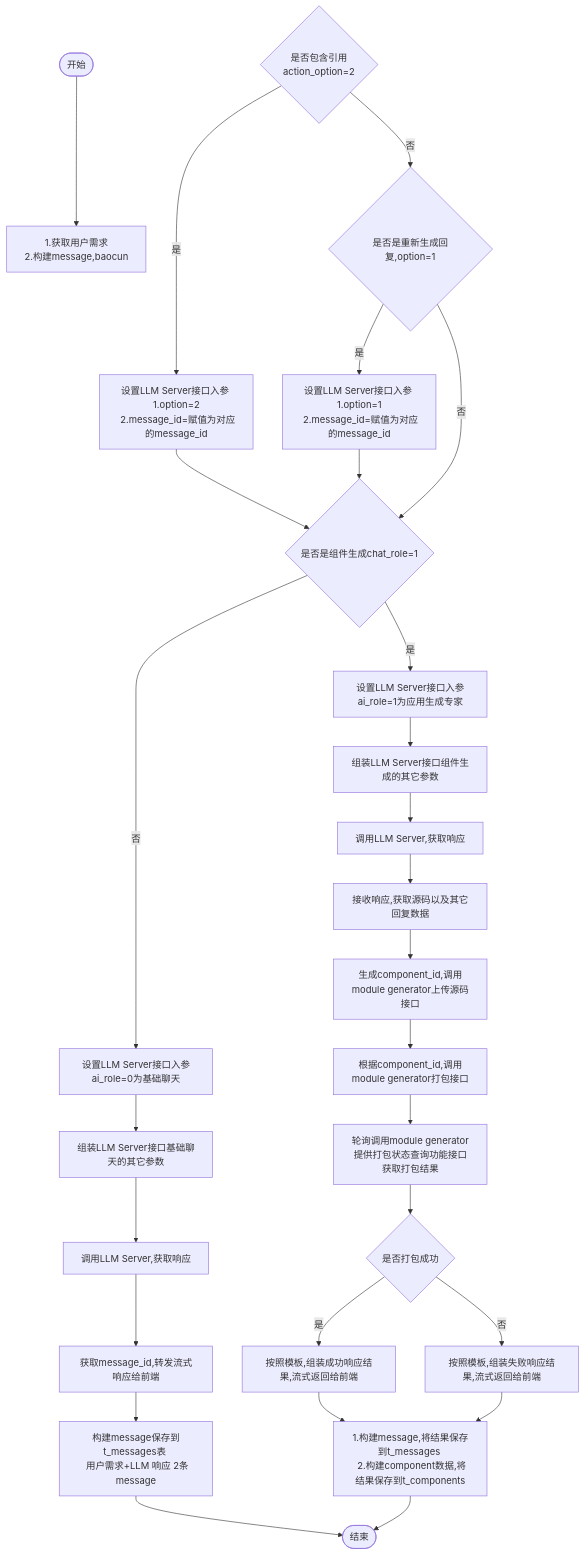
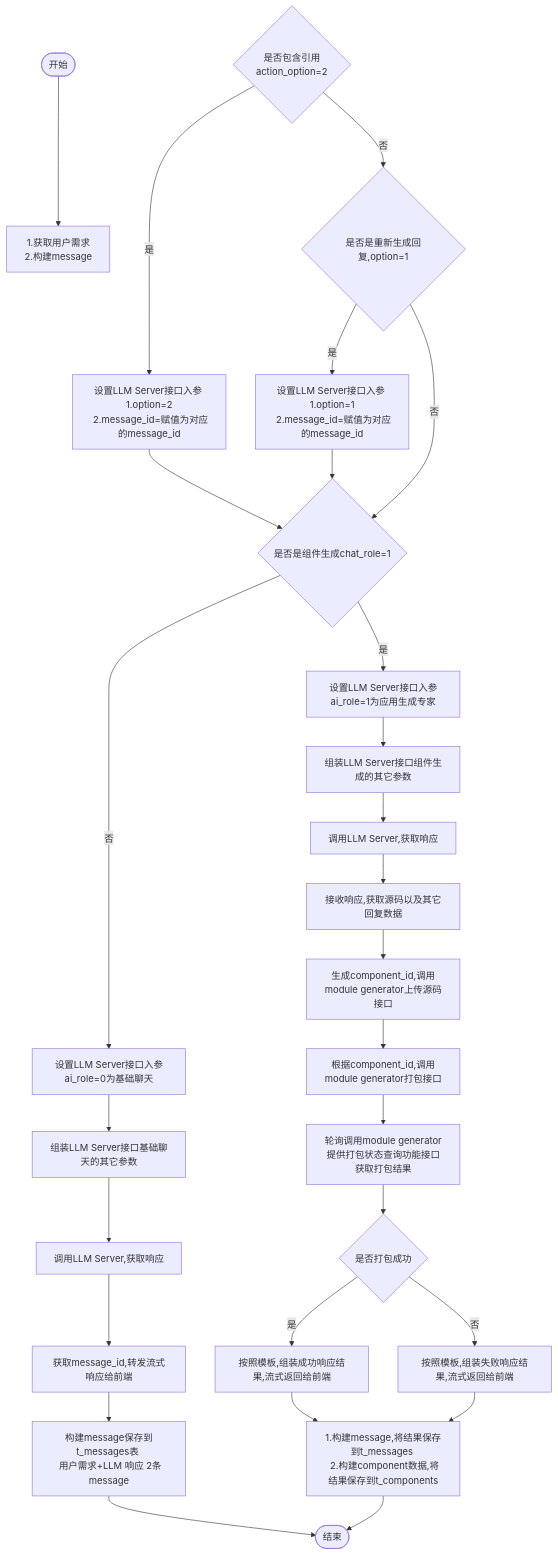
The diagram in all/w3-会话-不需要传递message.md (yingjianzh/iodraw-files), drawn with Mermaid before and after one commit.

Commit message:
2024-10-15 14:18:39 update

````diff
--- a/all/w3-会话-不需要传递message.md
+++ b/all/w3-会话-不需要传递message.md
@@ -1,34 +1,34 @@
 ```mermaid
 flowchart TD
-    A([开始]) --> B[1.获取用户需求 \n 2.构建message,baocun ]
+    A([开始]) --> B[1.获取用户需求 \n 2.构建message]
     D{是否包含引用 \n action_option=2}
     D -- 是 --> E[设置LLM Server接口入参 \n 1.option=2 \n 2.message_id=赋值为对应的message_id]
     D -- 否 --> F{是否是重新生成回复,option=1}
     F -- 是 --> G[设置LLM Server接口入参 \n 1.option=1 \n 2.message_id=赋值为对应的message_id]
     F -- 否 --> I
      
     E & G --> I{是否是组件生成chat_role=1}
     I -- 否 --> K[设置LLM Server接口入参ai_role=0为基础聊天]
     I -- 是 --> J[设置LLM Server接口入参ai_role=1为应用生成专家]
     
 
     J --> L[组装LLM Server接口组件生成的其它参数]    
     K --> M[组装LLM Server接口基础聊天的其它参数]    
     M --> N[调用LLM Server,获取响应]    
     N --> O[获取message_id,转发流式响应给前端]
     O --> P[构建message保存到t_messages表 \n 用户需求+LLM 响应 2条message]
     P --> R([结束])
 
 
     L --> S[调用LLM Server,获取响应]
     S --> T[接收响应,获取源码以及其它回复数据]
     T --> U[生成component_id,调用module generator上传源码接口]
     U --> V[根据component_id,调用module generator打包接口]
     V --> W[轮询调用module generator提供打包状态查询功能接口获取打包结果]
     W --> X{是否打包成功}
     X -- 是 --> Y[按照模板,组装成功响应结果,流式返回给前端]
     X -- 否 --> Z[按照模板,组装失败响应结果,流式返回给前端]
 
     Y & Z --> Result[1.构建message,将结果保存到t_messages \n 2.构建component数据,将结果保存到t_components]
     Result --> R
 ```
````
